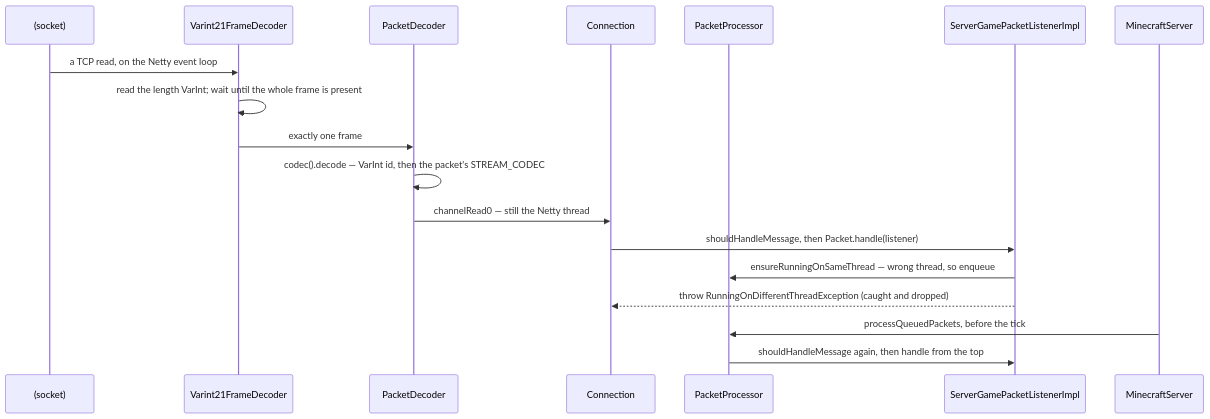
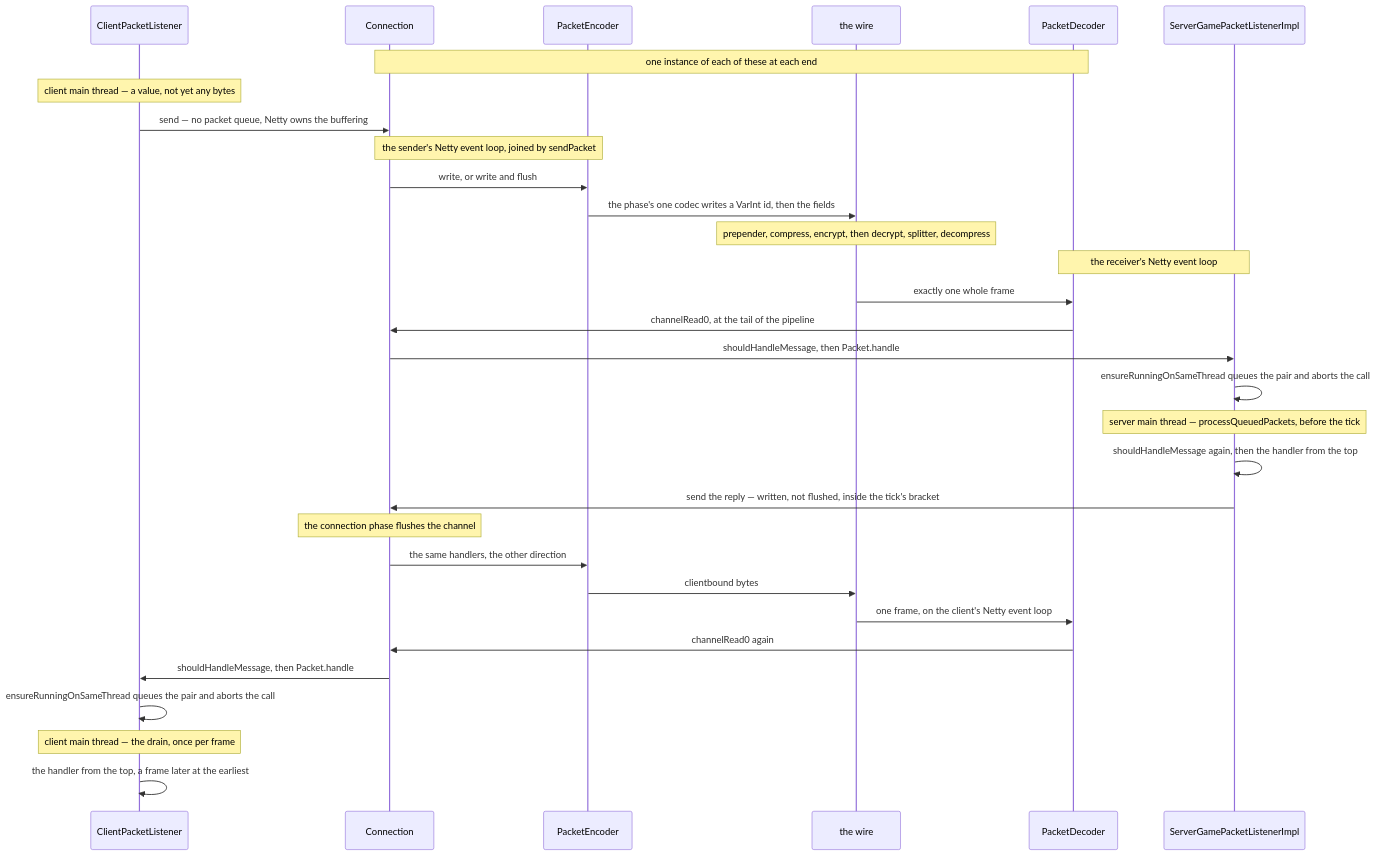
Before and after one commit to AlexanderjFraser/MinecraftDocs: the diagram in src/systems/networking/the-connection.md, drawn with Mermaid. The commit also changed other lines of this file and 6 other files, not shown here.

````diff
--- a/src/systems/networking/the-connection.md
+++ b/src/systems/networking/the-connection.md
@@ -257,21 +34,34 @@
 ```mermaid
 sequenceDiagram
-    participant NET as (socket)
-    participant SP as Varint21FrameDecoder
-    participant PD as PacketDecoder
-    participant CN as Connection
-    participant PP as PacketProcessor
+    participant CPL as ClientPacketListener
+    participant Conn as Connection
+    participant PEnc as PacketEncoder
+    participant Wire as the wire
+    participant PDec as PacketDecoder
     participant SGPL as ServerGamePacketListenerImpl
-    participant MS as MinecraftServer
 
-    NET->>SP: a TCP read, on the Netty event loop
-    SP->>SP: read the length VarInt#59; wait until the whole frame is present
-    SP->>PD: exactly one frame
-    PD->>PD: codec().decode — VarInt id, then the packet's STREAM_CODEC
-    PD->>CN: channelRead0 — still the Netty thread
-    CN->>SGPL: shouldHandleMessage, then Packet.handle(listener)
-    SGPL->>PP: ensureRunningOnSameThread — wrong thread, so enqueue
-    SGPL-->>CN: throw RunningOnDifferentThreadException (caught and dropped)
-    MS->>PP: processQueuedPackets, before the tick
-    PP->>SGPL: shouldHandleMessage again, then handle from the top
+    Note over Conn,PDec: one instance of each of these at each end
+    Note over CPL: client main thread — a value, not yet any bytes
+    CPL->>Conn: send — no packet queue, Netty owns the buffering
+    Note over Conn,PEnc: the sender's Netty event loop, joined by sendPacket
+    Conn->>PEnc: write, or write and flush
+    PEnc->>Wire: the phase's one codec writes a VarInt id, then the fields
+    Note over Wire: prepender, compress, encrypt, then decrypt, splitter, decompress
+    Note over PDec,SGPL: the receiver's Netty event loop
+    Wire->>PDec: exactly one whole frame
+    PDec->>Conn: channelRead0, at the tail of the pipeline
+    Conn->>SGPL: shouldHandleMessage, then Packet.handle
+    SGPL->>SGPL: ensureRunningOnSameThread queues the pair and aborts the call
+    Note over SGPL: server main thread — processQueuedPackets, before the tick
+    SGPL->>SGPL: shouldHandleMessage again, then the handler from the top
+    SGPL->>Conn: send the reply — written, not flushed, inside the tick's bracket
+    Note over Conn: the connection phase flushes the channel
+    Conn->>PEnc: the same handlers, the other direction
+    PEnc->>Wire: clientbound bytes
+    Wire->>PDec: one frame, on the client's Netty event loop
+    PDec->>Conn: channelRead0 again
+    Conn->>CPL: shouldHandleMessage, then Packet.handle
+    CPL->>CPL: ensureRunningOnSameThread queues the pair and aborts the call
+    Note over CPL: client main thread — the drain, once per frame
+    CPL->>CPL: the handler from the top, a frame later at the earliest
 ```
````
